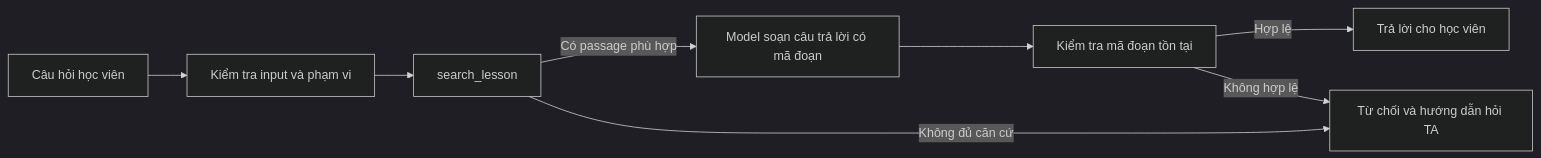
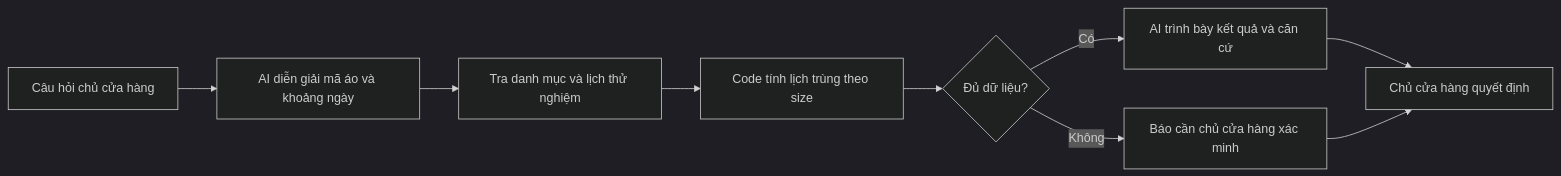
Before and after one commit to NamPham1012/K5-Day15-L3A-CodeXongMoiHieu: the diagram in spec.md, drawn with Mermaid (dark theme). The commit also changed other lines of this file and 4 other files, not shown here.

````diff
--- a/spec.md
+++ b/spec.md
@@ -40,10 +38,11 @@
 ```mermaid
 flowchart LR
-    U[Câu hỏi học viên] --> V[Kiểm tra input và phạm vi]
-    V --> S[search_lesson]
-    S -->|Có passage phù hợp| M[Model soạn câu trả lời có mã đoạn]
-    S -->|Không đủ căn cứ| A[Từ chối và hướng dẫn hỏi TA]
-    M --> C[Kiểm tra mã đoạn tồn tại]
-    C -->|Hợp lệ| O[Trả lời cho học viên]
-    C -->|Không hợp lệ| A
+    A[Câu hỏi chủ cửa hàng] --> B[AI diễn giải mã áo và khoảng ngày]
+    B --> C[Tra danh mục và lịch thử nghiệm]
+    C --> D[Code tính lịch trùng theo size]
+    D --> E{Đủ dữ liệu?}
+    E -->|Có| F[AI trình bày kết quả và căn cứ]
+    E -->|Không| G[Báo cần chủ cửa hàng xác minh]
+    F --> H[Chủ cửa hàng quyết định]
+    G --> H
 ```
````
